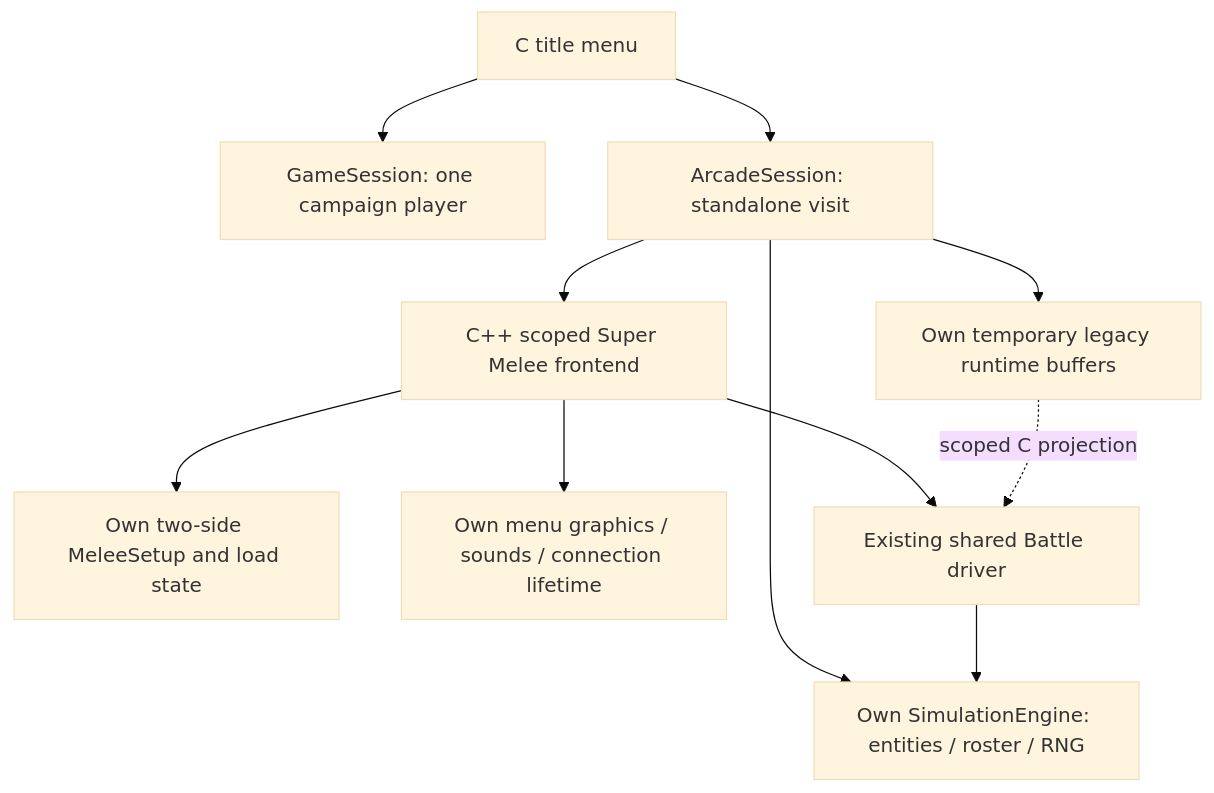
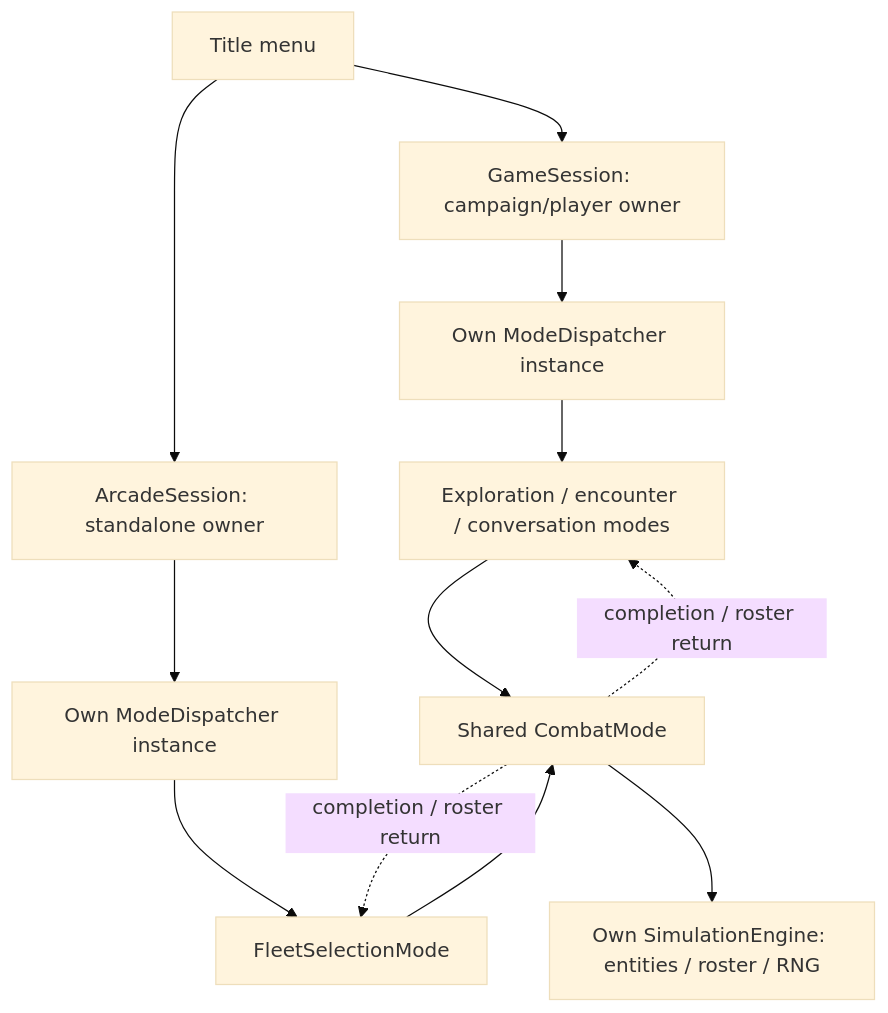
Before and after one commit to yost-jacob/uqm-cpp17: the diagram in docs/design/arcade-session.md, drawn with Mermaid (base theme). The commit also changed other lines of this file and 28 other files, not shown here.

Commit message:
Share mode dispatch and combat between campaign and arcade

````diff
--- a/docs/design/arcade-session.md
+++ b/docs/design/arcade-session.md
@@ -8,13 +13,14 @@
 ```mermaid
 flowchart TD
-    Title[C title menu] --> Campaign[GameSession: one campaign player]
-    Title --> Arcade[ArcadeSession: standalone visit]
-    Arcade --> Engine[Own SimulationEngine: entities / roster / RNG]
-    Arcade --> Buffers[Own temporary legacy runtime buffers]
-    Arcade --> Frontend[C++ scoped Super Melee frontend]
-    Frontend --> Setup[Own two-side MeleeSetup and load state]
-    Frontend --> Assets[Own menu graphics / sounds / connection lifetime]
-    Frontend --> Battle[Existing shared Battle driver]
-    Battle --> Engine
-    Buffers -. scoped C projection .-> Battle
+    Title[Title menu] --> Campaign[GameSession: campaign/player owner]
+    Title --> Arcade[ArcadeSession: standalone owner]
+    Campaign --> CD[Own ModeDispatcher instance]
+    Arcade --> AD[Own ModeDispatcher instance]
+    CD --> Exploration[Exploration / encounter / conversation modes]
+    Exploration --> Combat[Shared CombatMode]
+    AD --> Fleet[FleetSelectionMode]
+    Fleet --> Combat
+    Combat -. completion / roster return .-> Fleet
+    Combat -. completion / roster return .-> Exploration
+    Combat --> Engine[Own SimulationEngine: entities / roster / RNG]
 ```
````
